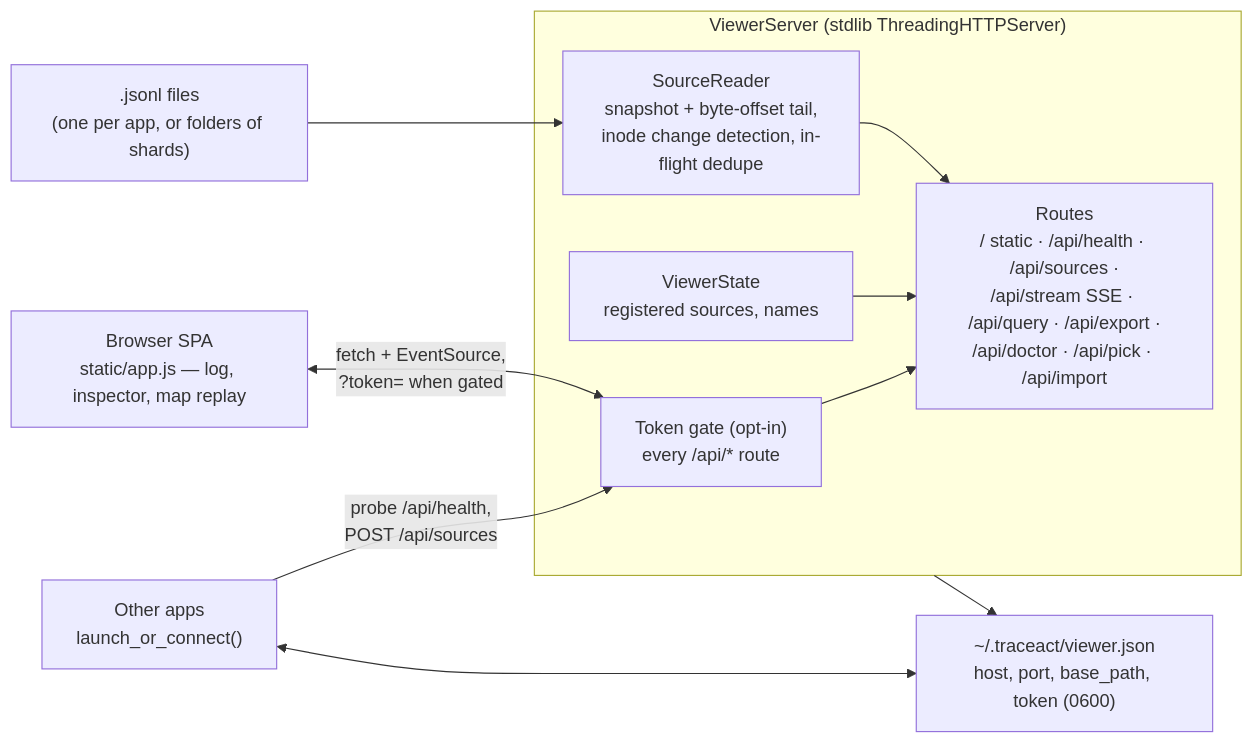
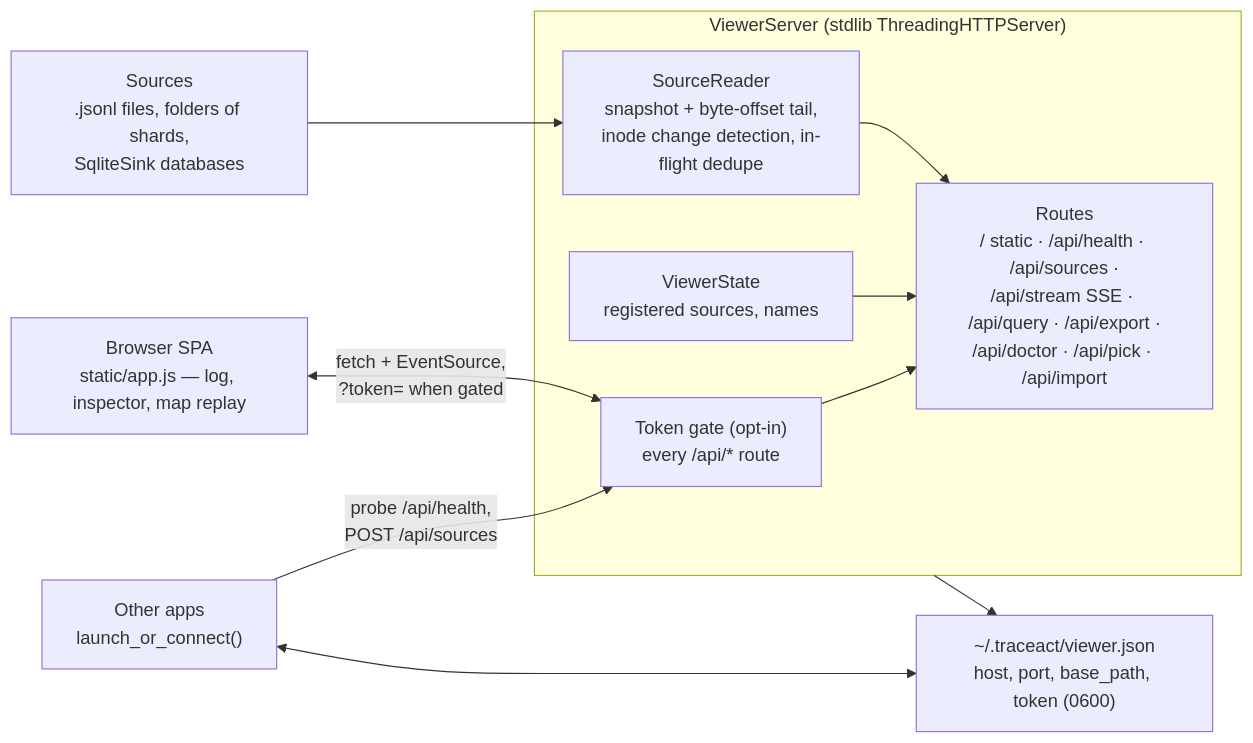
The second of 2 diagrams in ARCHITECTURE.md (traceact/traceact), drawn with Mermaid before and after one commit. The commit also changed other lines of this file and 10 other files, not shown here.

Commit message:
v0.14.0: viewer and TraceLog read SqliteSink databases as sources

````diff
--- a/ARCHITECTURE.md
+++ b/ARCHITECTURE.md
@@ -62,24 +62,24 @@
 ```mermaid
 flowchart LR
-    files[".jsonl files<br/>(one per app, or folders of shards)"]
+    files["Sources<br/>.jsonl files, folders of shards,<br/>SqliteSink databases"]
 
     subgraph server ["ViewerServer (stdlib ThreadingHTTPServer)"]
         gate["Token gate (opt-in)<br/>every /api/* route"]
         routes["Routes<br/>/ static · /api/health · /api/sources ·<br/>/api/stream SSE · /api/query · /api/export ·<br/>/api/doctor · /api/pick · /api/import"]
         state["ViewerState<br/>registered sources, names"]
         reader["SourceReader<br/>snapshot + byte-offset tail,<br/>inode change detection, in-flight dedupe"]
     end
 
     browser["Browser SPA<br/>static/app.js — log, inspector, map replay"]
     statefile["~/.traceact/viewer.json<br/>host, port, base_path, token (0600)"]
     apps["Other apps<br/>launch_or_connect()"]
 
     files --> reader
     reader --> routes
     state --> routes
     gate --> routes
     browser <-->|"fetch + EventSource,<br/>?token= when gated"| gate
     apps -->|"probe /api/health,<br/>POST /api/sources"| gate
     apps <--> statefile
     server --> statefile
 ```
````
